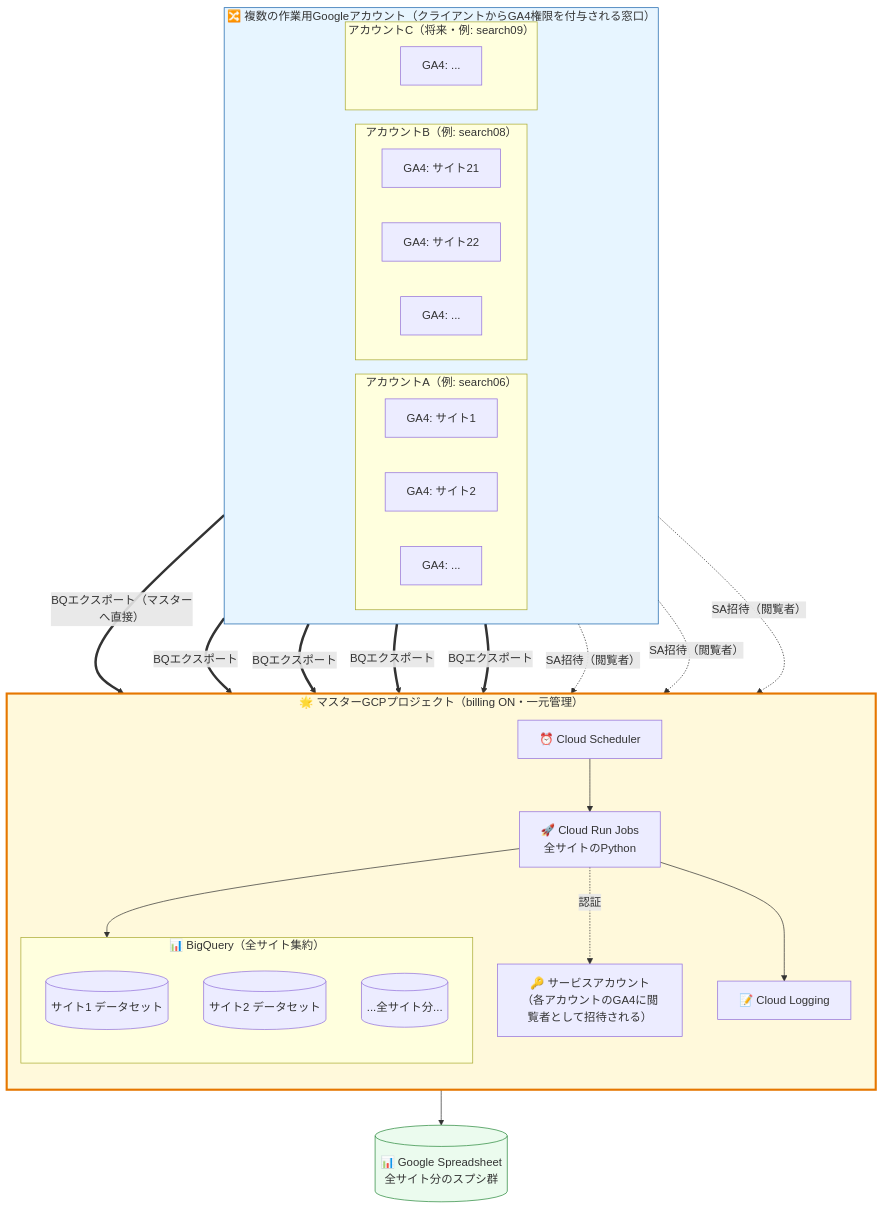
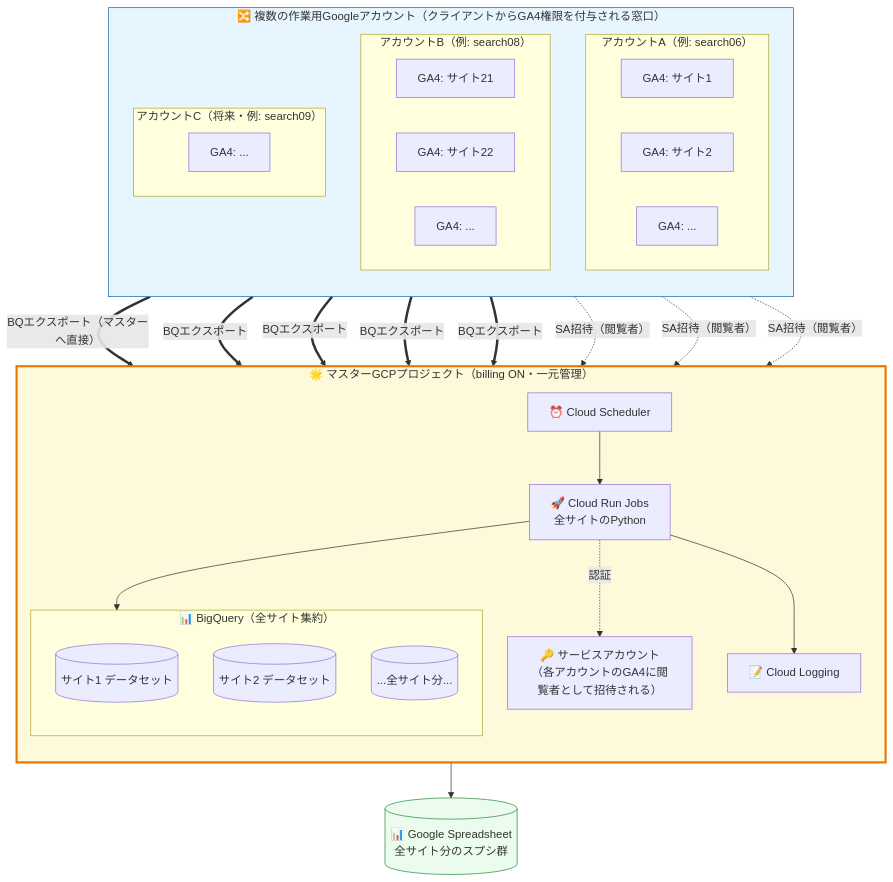
The sixth of 8 diagrams in tools/seo-dashboard/setup_guide_generic.md (itakura-t-hue/claude), drawn with Mermaid before and after one commit.

Commit message:
setup_guide_generic: D-2図でAccountsのdirectionをTBに変更し縦積み強制
Accountsがdirection LR（横長）でMasterがdirection TB（縦長）だったため、
Mermaid auto-layoutが効率上side-by-sideに配置していた。
AccountsもTBに変更して縦長の箱にすることで、両箱とも縦長→縦積み以外の配置が取れなくなる。
各アカウント内のGA4サイトはLRで横並び（箱自体を細くするため）。

````diff
--- a/tools/seo-dashboard/setup_guide_generic.md
+++ b/tools/seo-dashboard/setup_guide_generic.md
@@ -1024,54 +1024,57 @@
 ```mermaid
 flowchart TB
     subgraph Accounts["🔀 複数の作業用Googleアカウント（クライアントからGA4権限を付与される窓口）"]
-        direction LR
+        direction TB
         subgraph AcctA["アカウントA（例: search06）"]
+            direction LR
             GA4_A1[GA4: サイト1]
             GA4_A2[GA4: サイト2]
             GA4_A3[GA4: ...]
         end
         subgraph AcctB["アカウントB（例: search08）"]
+            direction LR
             GA4_B1[GA4: サイト21]
             GA4_B2[GA4: サイト22]
             GA4_B3[GA4: ...]
         end
         subgraph AcctC["アカウントC（将来・例: search09）"]
+            direction LR
             GA4_C1[GA4: ...]
         end
     end
 
     subgraph Master["🌟 マスターGCPプロジェクト（billing ON・一元管理）"]
         direction TB
         MSCHED["⏰ Cloud Scheduler"]
         MCR["🚀 Cloud Run Jobs<br/>全サイトのPython"]
         MSA["🔑 サービスアカウント<br/>（各アカウントのGA4に閲覧者として招待される）"]
         subgraph MBQ["📊 BigQuery（全サイト集約）"]
             DS1[(サイト1 データセット)]
             DS2[(サイト2 データセット)]
             DSN[(...全サイト分...)]
         end
         MLOG["📝 Cloud Logging"]
     end
 
     SHEET[("📊 Google Spreadsheet<br/>全サイト分のスプシ群")]
 
     GA4_A1 == "BQエクスポート（マスターへ直接）" ==> DS1
     GA4_A2 == "BQエクスポート" ==> DS2
     GA4_B1 == "BQエクスポート" ==> DSN
     GA4_B2 == "BQエクスポート" ==> DSN
     GA4_C1 == "BQエクスポート" ==> DSN
 
     AcctA -. "SA招待（閲覧者）" .-> MSA
     AcctB -. "SA招待（閲覧者）" .-> MSA
     AcctC -. "SA招待（閲覧者）" .-> MSA
 
     MSCHED --> MCR
     MCR -. "認証" .-> MSA
     MCR --> MBQ
     MCR --> SHEET
     MCR --> MLOG
 
     style Master fill:#fff9db,stroke:#e67700,stroke-width:3px
     style Accounts fill:#e7f5ff,stroke:#1864ab
     style SHEET fill:#ebfbee,stroke:#2b8a3e
 ```
````
